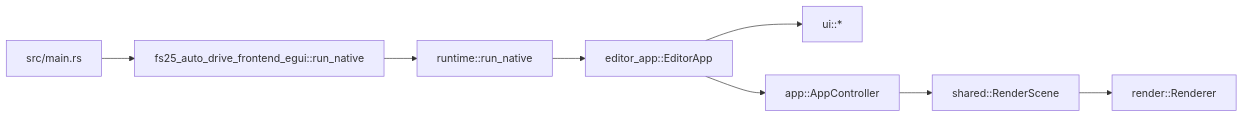
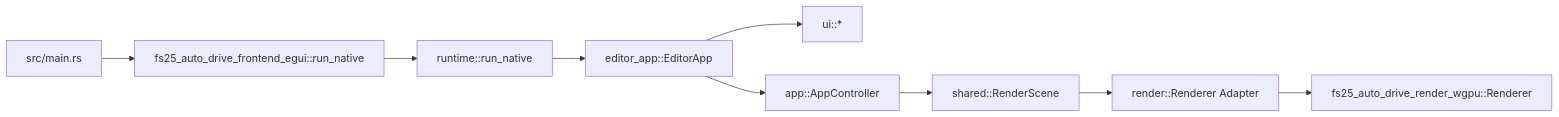
The diagram in crates/fs25_auto_drive_frontend_egui/API.md (mro68/fs25_ad_editor), drawn with Mermaid before and after one commit. The commit also changed other lines of this file and 14 other files, not shown here.

Commit message:
refactor(frontend-egui): move desktop host onto render-wgpu adapter

````diff
--- a/crates/fs25_auto_drive_frontend_egui/API.md
+++ b/crates/fs25_auto_drive_frontend_egui/API.md
@@ -46,10 +46,11 @@
 ```mermaid
 flowchart LR
 	MAIN[src/main.rs] --> ENTRY[fs25_auto_drive_frontend_egui::run_native]
 	ENTRY --> RUNTIME[runtime::run_native]
 	RUNTIME --> EDITOR[editor_app::EditorApp]
 	EDITOR --> UI[ui::*]
 	EDITOR --> CTRL[app::AppController]
 	CTRL --> SCENE[shared::RenderScene]
-	SCENE --> RENDER[render::Renderer]
+	SCENE --> RENDER[render::Renderer Adapter]
+	RENDER --> CORE[fs25_auto_drive_render_wgpu::Renderer]
 ```
````
